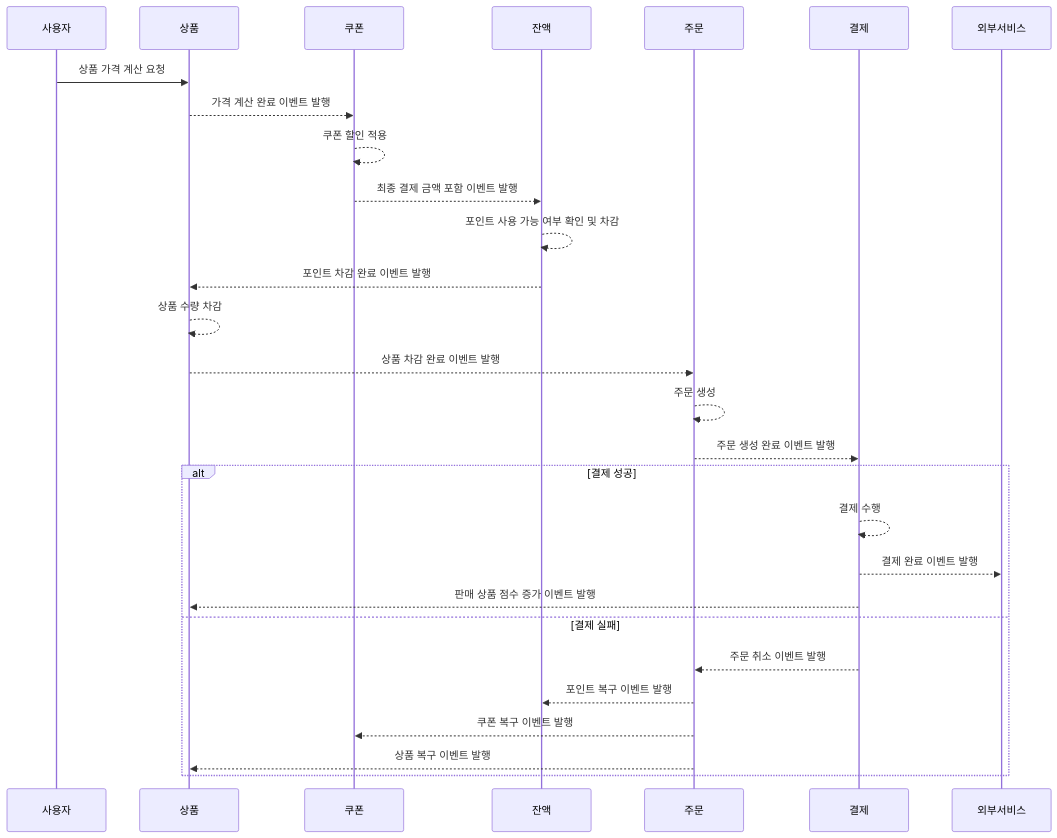
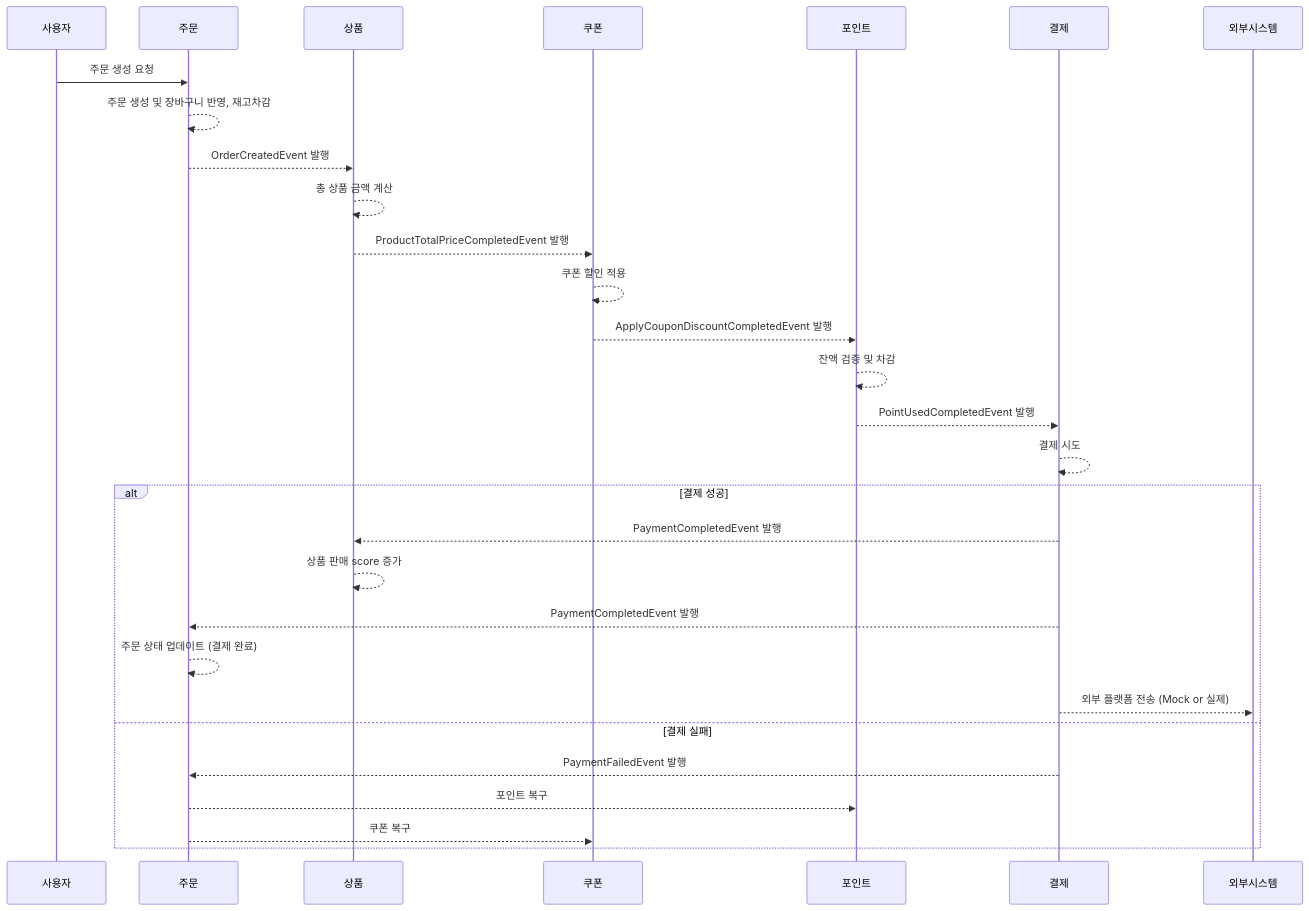
Before and after one commit to Hyuntae-91/ecommerce-practice: the second of 2 diagrams in docs/MSA 아키텍처 조사 및 설계.md, drawn with Mermaid. The commit also changed other lines of this file and 1 other file, not shown here.

Commit message:
docs: MSA 아키텍처 내용 보강

````diff
--- a/docs/MSA 아키텍처 조사 및 설계.md
+++ b/docs/MSA 아키텍처 조사 및 설계.md
@@ -158,37 +158,37 @@
 ```mermaid
 sequenceDiagram
     participant 사용자
+    participant 주문
     participant 상품
     participant 쿠폰
-    participant 잔액
-    participant 주문
+    participant 포인트
     participant 결제
-    participant 외부서비스
+    participant 외부시스템
 
-    사용자->>상품: 상품 가격 계산 요청
-    상품-->>쿠폰: 가격 계산 완료 이벤트 발행
+    사용자->>주문: 주문 생성 요청
+    주문-->>주문: 주문 생성 및 장바구니 반영, 재고차감
+    주문-->>상품: OrderCreatedEvent 발행
+
+    상품-->>상품: 총 상품 금액 계산
+    상품-->>쿠폰: ProductTotalPriceCompletedEvent 발행
 
     쿠폰-->>쿠폰: 쿠폰 할인 적용
-    쿠폰-->>잔액: 최종 결제 금액 포함 이벤트 발행
+    쿠폰-->>포인트: ApplyCouponDiscountCompletedEvent 발행
 
-    잔액-->>잔액: 포인트 사용 가능 여부 확인 및 차감
-    잔액-->>상품: 포인트 차감 완료 이벤트 발행
+    포인트-->>포인트: 잔액 검증 및 차감
+    포인트-->>결제: PointUsedCompletedEvent 발행
 
-    상품-->>상품: 상품 수량 차감
-    상품-->>주문: 상품 차감 완료 이벤트 발행
-
-    주문-->>주문: 주문 생성
-    주문-->>결제: 주문 생성 완료 이벤트 발행
-
+    결제-->>결제: 결제 시도
     alt 결제 성공
-        결제-->>결제: 결제 수행
-        결제-->>외부서비스: 결제 완료 이벤트 발행
-        결제-->>상품: 판매 상품 점수 증가 이벤트 발행
+        결제-->>상품: PaymentCompletedEvent 발행
+        상품-->>상품: 상품 판매 score 증가
+        결제-->>주문: PaymentCompletedEvent 발행
+        주문-->>주문: 주문 상태 업데이트 (결제 완료)
+        결제-->>외부시스템: 외부 플랫폼 전송 (Mock or 실제)
     else 결제 실패
-        결제-->>주문: 주문 취소 이벤트 발행
-        주문-->>잔액: 포인트 복구 이벤트 발행
-        주문-->>쿠폰: 쿠폰 복구 이벤트 발행
-        주문-->>상품: 상품 복구 이벤트 발행
+        결제-->>주문: PaymentFailedEvent 발행
+        주문-->>포인트: 포인트 복구
+        주문-->>쿠폰: 쿠폰 복구
     end
 
 ```
````
